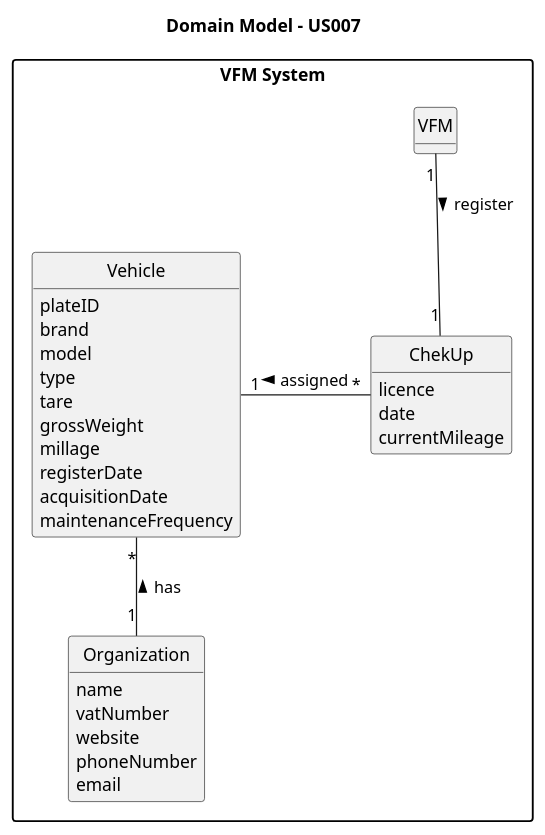
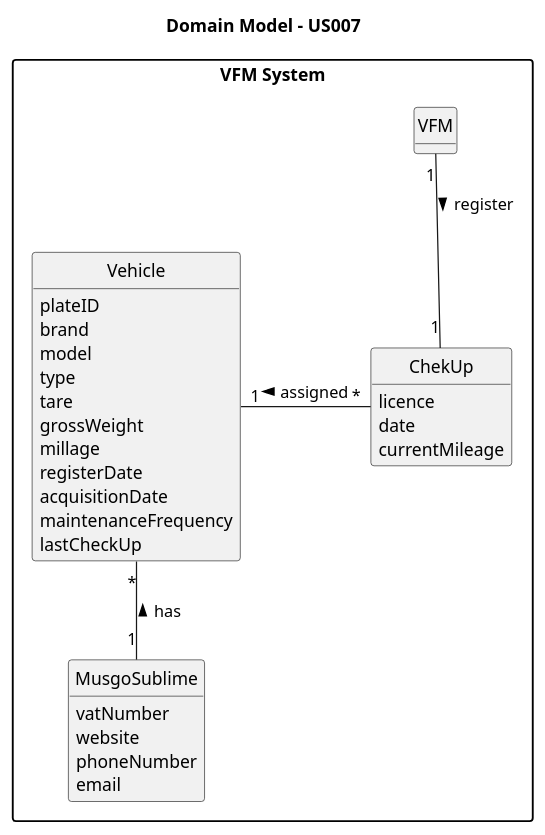
Before and after one commit to SAEmanuel/Green_Spaces_Management_ISEP: the diagram in docs/sprintA/us007/02.analysis/puml/us007-domain-model.puml, drawn with PlantUML. The commit also changed 7 other files, not shown here.

```diff
--- a/docs/sprintA/us007/02.analysis/puml/us007-domain-model.puml
+++ b/docs/sprintA/us007/02.analysis/puml/us007-domain-model.puml
@@ -1,51 +1,51 @@
 @startuml
 skinparam monochrome true
 skinparam packageStyle rectangle
 skinparam shadowing false
 
 skinparam classAttributeIconSize 0
 
 hide circles
 hide methods
 
 title Domain Model - US007
 
 package "VFM System" {
 
     class VFM {
     }
 
     class ChekUp {
         licence
         date
         currentMileage
     }
 
     class Vehicle {
          plateID
          brand
          model
          type
          tare
          grossWeight
          millage
          registerDate
          acquisitionDate
          maintenanceFrequency
+         lastCheckUp
     }
 
-    class Organization {
-            name
+    class MusgoSublime {
             vatNumber
             website
             phoneNumber
             email
         }
 
 
-    Vehicle "*" -- "1" Organization : has <
+    Vehicle "*" -- "1" MusgoSublime : has <
 
     VFM "1" -- "1" ChekUp : register >
     Vehicle "1" - "*" ChekUp : assigned <
 }
 @enduml
```
